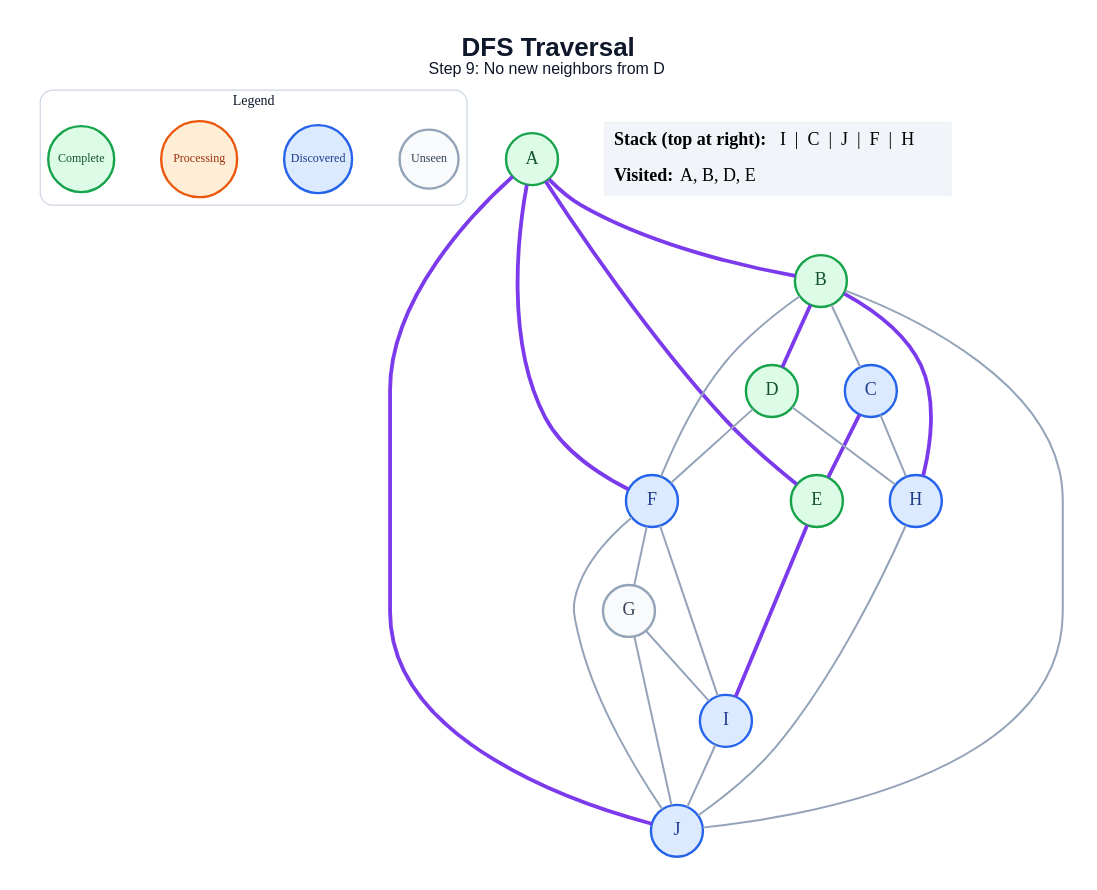
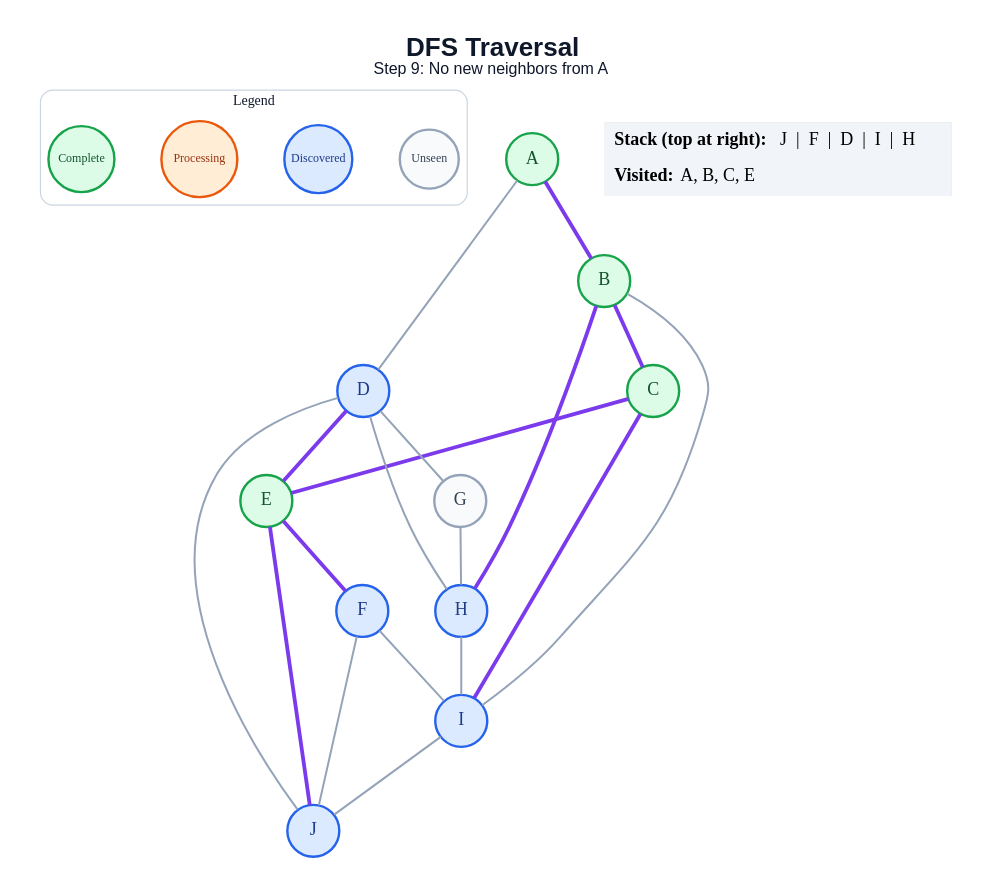
One commit to amanghodawala9/ai-slop changed the diagram in generated/specific-node/dfs/step_09.dot. Above: the diagram before and after it, drawn with Graphviz. The commit also changed 178 other files, not shown here.

```diff
--- a/generated/specific-node/dfs/step_09.dot
+++ b/generated/specific-node/dfs/step_09.dot
@@ -1,50 +1,47 @@
 graph traversal {
   graph [layout=dot, rankdir=TB, bgcolor="#FFFFFF", pad="0.35", nodesep="0.65", ranksep="0.8", fontname="Arial"];
   node [shape=circle, style="filled", fontname="Arial Bold", fontsize=18, width=0.72, fixedsize=true, penwidth=2.4];
   edge [color="#94A3B8", penwidth=2.0];
-  label=<<B>DFS Traversal</B><BR/><FONT POINT-SIZE="16">Step 9: No new neighbors from D</FONT>>; labelloc="t"; fontsize=26; fontname="Arial"; fontcolor="#0F172A";
+  label=<<B>DFS Traversal</B><BR/><FONT POINT-SIZE="16">Step 9: No new neighbors from A</FONT>>; labelloc="t"; fontsize=26; fontname="Arial"; fontcolor="#0F172A";
   subgraph cluster_legend { label="Legend"; color="#CBD5E1"; penwidth=1.2; style="rounded"; fontsize=14; fontname="Arial Bold";
     key_unseen [label="Unseen", fillcolor="#F8FAFC", color="#94A3B8", fontcolor="#334155", fontsize=12, width=0.82];
     key_frontier [label="Discovered", fillcolor="#DBEAFE", color="#2563EB", fontcolor="#1E3A8A", fontsize=12, width=0.95];
     key_current [label="Processing", fillcolor="#FFEDD5", color="#EA580C", fontcolor="#9A3412", fontsize=12, width=1.05];
     key_done [label="Complete", fillcolor="#DCFCE7", color="#16A34A", fontcolor="#14532D", fontsize=12, width=0.92];
     { rank=same; key_unseen; key_frontier; key_current; key_done; }
   }
   A [fillcolor="#DCFCE7", color="#16A34A", fontcolor="#14532D"];
   B [fillcolor="#DCFCE7", color="#16A34A", fontcolor="#14532D"];
-  C [fillcolor="#DBEAFE", color="#2563EB", fontcolor="#1E3A8A"];
-  D [fillcolor="#DCFCE7", color="#16A34A", fontcolor="#14532D"];
+  C [fillcolor="#DCFCE7", color="#16A34A", fontcolor="#14532D"];
+  D [fillcolor="#DBEAFE", color="#2563EB", fontcolor="#1E3A8A"];
   E [fillcolor="#DCFCE7", color="#16A34A", fontcolor="#14532D"];
   F [fillcolor="#DBEAFE", color="#2563EB", fontcolor="#1E3A8A"];
   G [fillcolor="#F8FAFC", color="#94A3B8", fontcolor="#334155"];
   H [fillcolor="#DBEAFE", color="#2563EB", fontcolor="#1E3A8A"];
   I [fillcolor="#DBEAFE", color="#2563EB", fontcolor="#1E3A8A"];
   J [fillcolor="#DBEAFE", color="#2563EB", fontcolor="#1E3A8A"];
   A -- B [color="#7C3AED", penwidth=3.8];
-  A -- E [color="#7C3AED", penwidth=3.8];
-  A -- F [color="#7C3AED", penwidth=3.8];
-  A -- J [color="#7C3AED", penwidth=3.8];
-  B -- C;
-  B -- D [color="#7C3AED", penwidth=3.8];
-  B -- F;
+  A -- D;
+  B -- C [color="#7C3AED", penwidth=3.8];
   B -- H [color="#7C3AED", penwidth=3.8];
-  B -- J;
+  B -- I;
   C -- E [color="#7C3AED", penwidth=3.8];
-  C -- H;
-  D -- F;
+  C -- I [color="#7C3AED", penwidth=3.8];
+  D -- E [color="#7C3AED", penwidth=3.8];
+  D -- G;
   D -- H;
-  E -- I [color="#7C3AED", penwidth=3.8];
-  F -- G;
+  D -- J;
+  E -- F [color="#7C3AED", penwidth=3.8];
+  E -- J [color="#7C3AED", penwidth=3.8];
   F -- I;
   F -- J;
-  G -- I;
-  G -- J;
-  H -- J;
+  G -- H;
+  H -- I;
   I -- J;
   status [shape=plain, fixedsize=false, width=0, height=0, margin=0, label=<
     <TABLE BORDER="0" CELLBORDER="0" CELLPADDING="7" BGCOLOR="#F1F5F9">
-      <TR><TD ALIGN="LEFT"><B>Stack (top at right):</B> I  |  C  |  J  |  F  |  H</TD></TR>
-      <TR><TD ALIGN="LEFT"><B>Visited:</B> A, B, D, E</TD></TR>
+      <TR><TD ALIGN="LEFT"><B>Stack (top at right):</B> J  |  F  |  D  |  I  |  H</TD></TR>
+      <TR><TD ALIGN="LEFT"><B>Visited:</B> A, B, C, E</TD></TR>
     </TABLE>
   >];
 }
```
